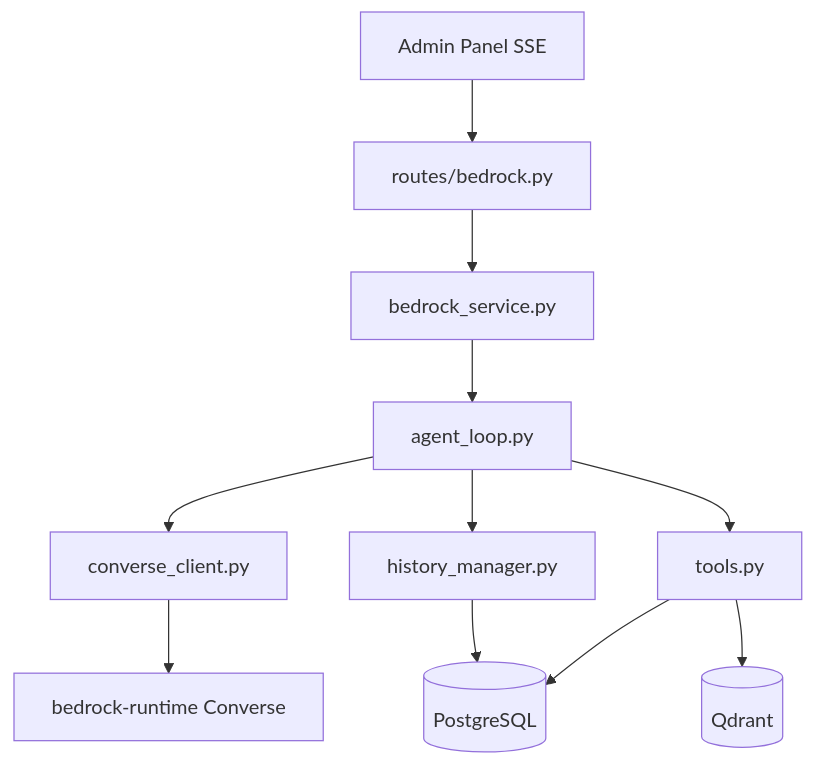
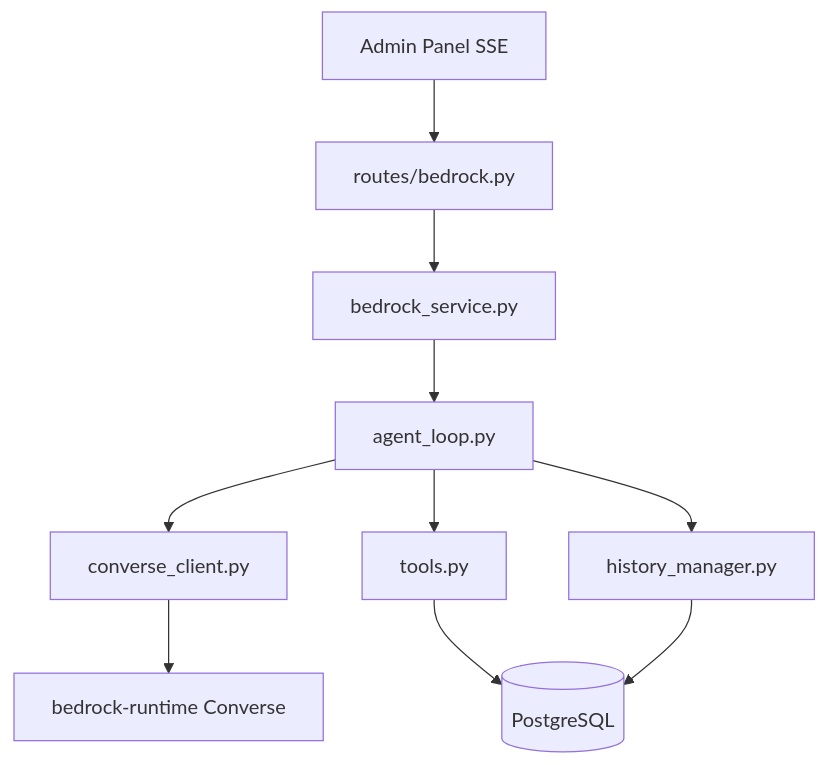
The diagram in cjhirashi-career-api/docs/sections/bedrock/README.md (cjhirashi/cjhirashi-career), drawn with Mermaid before and after one commit. The commit also changed other lines of this file and 81 other files, not shown here.

````diff
--- a/cjhirashi-career-api/docs/sections/bedrock/README.md
+++ b/cjhirashi-career-api/docs/sections/bedrock/README.md
@@ -17,13 +17,12 @@
 ```mermaid
 flowchart TB
     Admin[Admin Panel SSE] --> Route[routes/bedrock.py]
     Route --> Facade[bedrock_service.py]
     Facade --> Loop[agent_loop.py]
     Loop --> Converse[converse_client.py]
     Loop --> Tools[tools.py]
     Loop --> History[history_manager.py]
     Converse --> AWS[bedrock-runtime Converse]
     Tools --> PG[(PostgreSQL)]
-    Tools --> Qdrant[(Qdrant)]
     History --> PG
 ```
````
